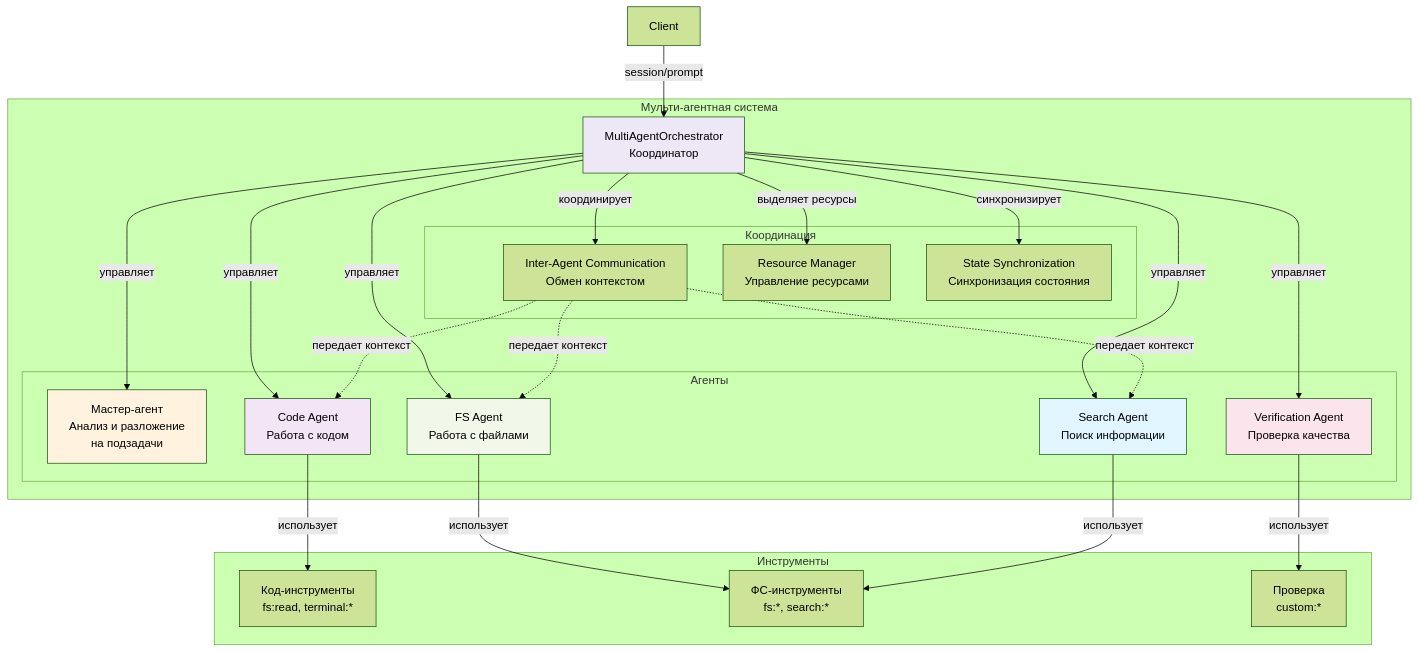
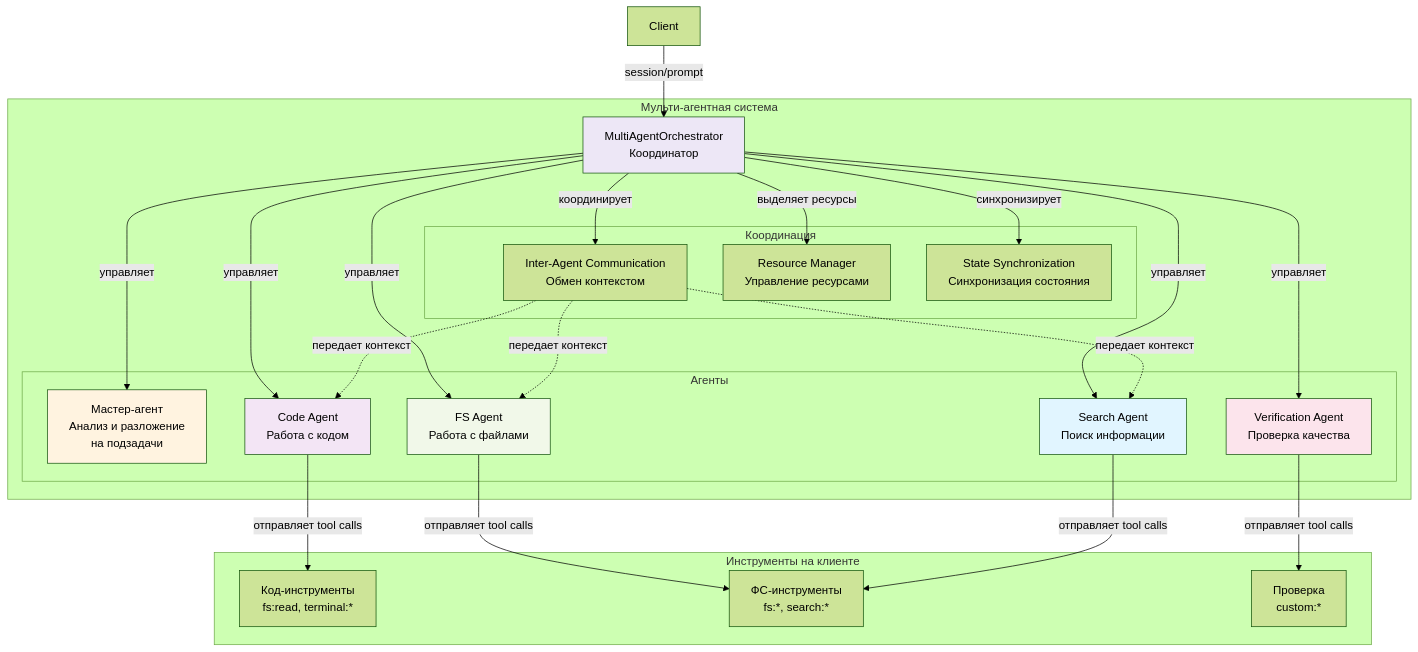
Before and after one commit to pese-git/acp-workspace: the third of 6 diagrams in doc/LLM_AGENT_INTEGRATION_PLAN.md, drawn with Mermaid (forest theme). The commit also changed other lines of this file and 1 other file, not shown here.

````diff
--- a/doc/LLM_AGENT_INTEGRATION_PLAN.md
+++ b/doc/LLM_AGENT_INTEGRATION_PLAN.md
@@ -556,55 +623,55 @@
 ```mermaid
 graph TB
     Client["Client"]
     
     subgraph MultiAgent["Мульти-агентная система"]
         MultiOrch["MultiAgentOrchestrator<br/>Координатор"]
         
         subgraph Agents["Агенты"]
             Master["Мастер-агент<br/>Анализ и разложение<br/>на подзадачи"]
             CodeAgent["Code Agent<br/>Работа с кодом"]
             FSAgent["FS Agent<br/>Работа с файлами"]
             SearchAgent["Search Agent<br/>Поиск информации"]
             VerifyAgent["Verification Agent<br/>Проверка качества"]
         end
         
         subgraph Coordination["Координация"]
             InterAgentComm["Inter-Agent Communication<br/>Обмен контекстом"]
             ResourceMgr["Resource Manager<br/>Управление ресурсами"]
             StateSync["State Synchronization<br/>Синхронизация состояния"]
         end
     end
     
-    subgraph Tools["Инструменты"]
+    subgraph Tools["Инструменты на клиенте"]
         CodeTools["Код-инструменты<br/>fs:read, terminal:*"]
         FSTools["ФС-инструменты<br/>fs:*, search:*"]
         VerifyTools["Проверка<br/>custom:*"]
     end
     
     Client -->|session/prompt| MultiOrch
     MultiOrch -->|управляет| Master
     MultiOrch -->|управляет| CodeAgent
     MultiOrch -->|управляет| FSAgent
     MultiOrch -->|управляет| SearchAgent
     MultiOrch -->|управляет| VerifyAgent
     
     MultiOrch -->|координирует| InterAgentComm
     MultiOrch -->|выделяет ресурсы| ResourceMgr
     MultiOrch -->|синхронизирует| StateSync
     
-    CodeAgent -->|использует| CodeTools
-    FSAgent -->|использует| FSTools
-    SearchAgent -->|использует| FSTools
-    VerifyAgent -->|использует| VerifyTools
+    CodeAgent -->|отправляет tool calls| CodeTools
+    FSAgent -->|отправляет tool calls| FSTools
+    SearchAgent -->|отправляет tool calls| FSTools
+    VerifyAgent -->|отправляет tool calls| VerifyTools
     
     InterAgentComm -.->|передает контекст| CodeAgent
     InterAgentComm -.->|передает контекст| FSAgent
     InterAgentComm -.->|передает контекст| SearchAgent
     
     style Master fill:#fff3e0
     style CodeAgent fill:#f3e5f5
     style FSAgent fill:#f1f8e9
     style SearchAgent fill:#e1f5ff
     style VerifyAgent fill:#fce4ec
     style MultiOrch fill:#ede7f6
 ```
````
